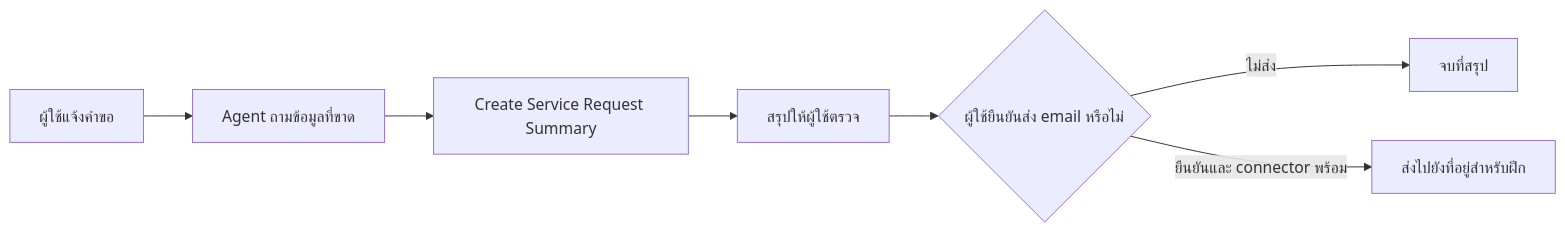
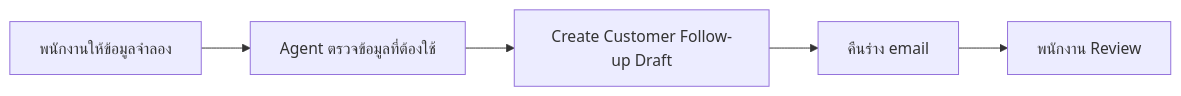
The diagram in exercises/exercise-03-add-agent-flow/README.md (teerasej/ttb-ai-agent-day), drawn with Mermaid before and after one commit. The commit also changed other lines of this file and 16 other files, not shown here.

````diff
--- a/exercises/exercise-03-add-agent-flow/README.md
+++ b/exercises/exercise-03-add-agent-flow/README.md
@@ -15,9 +13,7 @@
 ```mermaid
 flowchart LR
-    A[ผู้ใช้แจ้งคำขอ] --> B[Agent ถามข้อมูลที่ขาด]
-    B --> C[Create Service Request Summary]
-    C --> D[สรุปให้ผู้ใช้ตรวจ]
-    D --> E{ผู้ใช้ยืนยันส่ง email หรือไม่}
-    E -->|ไม่ส่ง| F[จบที่สรุป]
-    E -->|ยืนยันและ connector พร้อม| G[ส่งไปยังที่อยู่สำหรับฝึก]
+    A[พนักงานให้ข้อมูลจำลอง] --> B[Agent ตรวจข้อมูลที่ต้องใช้]
+    B --> C[Create Customer Follow-up Draft]
+    C --> D[คืนร่าง email]
+    D --> E[พนักงาน Review]
 ```
````
